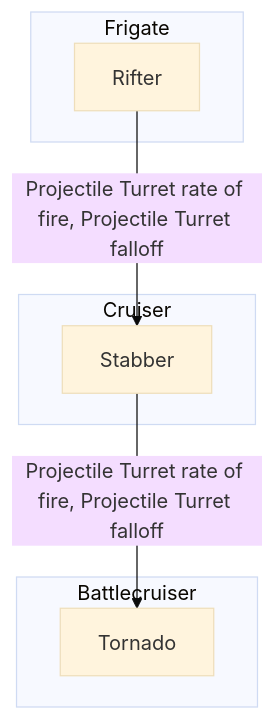
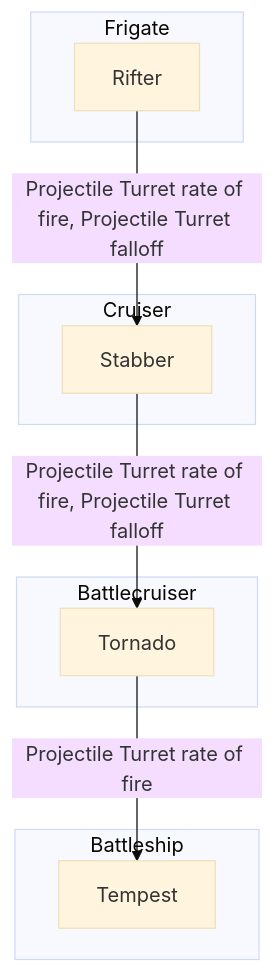
One commit to Skybladev2/EveShipsProgression changed the diagram in README.md. Above: the diagram before and after it, drawn with Mermaid (base theme).

Commit message:
Add Tempest

````diff
--- a/README.md
+++ b/README.md
@@ -3,18 +3,22 @@
 ```mermaid
 flowchart
 	
 	
 	
 	subgraph s1["Frigate"]
 		n1["Rifter"]
 	end
 	n1
 	subgraph s2["Cruiser"]
 		n2["Stabber"]
 	end
 	n1 -->|"Projectile Turret rate of fire, Projectile Turret falloff"| n2
 	subgraph s3["Battlecruiser"]
 		n3["Tornado"]
 	end
 	n2 -->|"Projectile Turret rate of fire, Projectile Turret falloff"| n3
+	subgraph s4["Battleship"]
+		n4["Tempest"]
+	end
+	n3 -->|"Projectile Turret rate of fire"| n4
 ```
````
